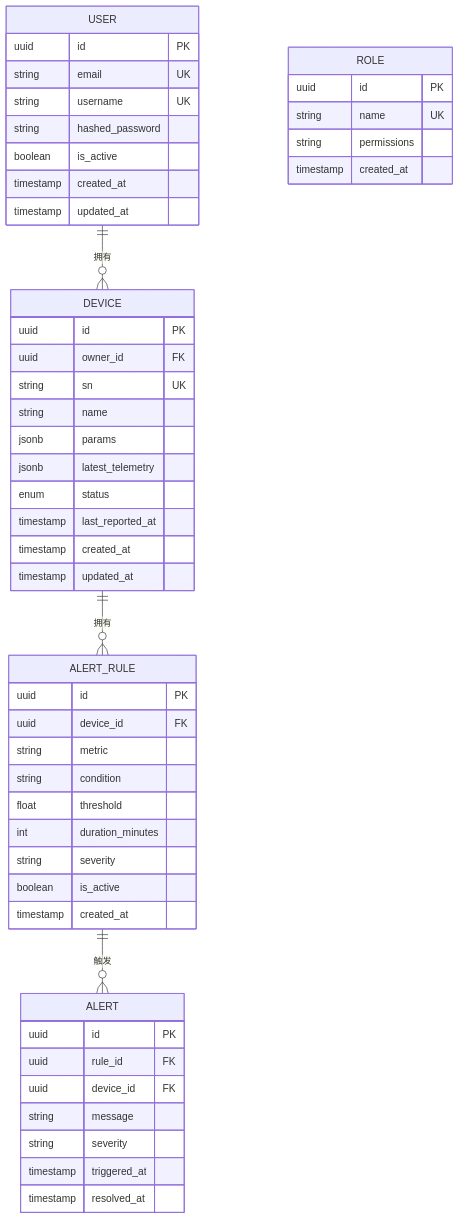
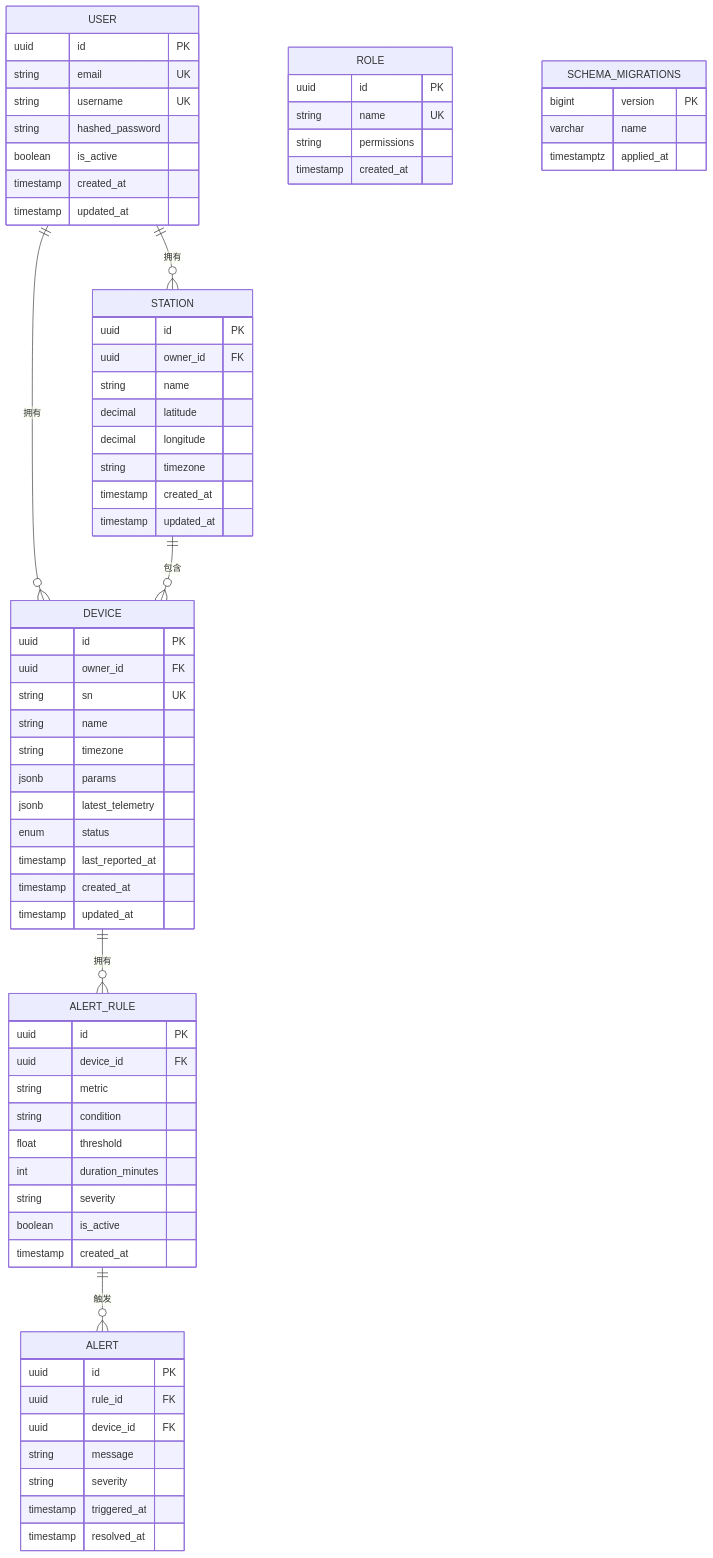
Before and after one commit to mcmrzy/cs_inv_monitor-develop: the eighth of 9 diagrams in .qoder/repowiki/zh/content/API服务器/API服务器.md, drawn with Mermaid. The commit also changed other lines of this file and 28 other files, not shown here.

````diff
--- a/.qoder/repowiki/zh/content/API服务器/API服务器.md
+++ b/.qoder/repowiki/zh/content/API服务器/API服务器.md
@@ -298,53 +548,71 @@
 ```mermaid
 erDiagram
 USER {
 uuid id PK
 string email UK
 string username UK
 string hashed_password
 boolean is_active
 timestamp created_at
 timestamp updated_at
 }
 ROLE {
 uuid id PK
 string name UK
 string permissions
 timestamp created_at
 }
+STATION {
+uuid id PK
+uuid owner_id FK
+string name
+decimal latitude
+decimal longitude
+string timezone
+timestamp created_at
+timestamp updated_at
+}
 DEVICE {
 uuid id PK
 uuid owner_id FK
 string sn UK
 string name
+string timezone
 jsonb params
 jsonb latest_telemetry
 enum status
 timestamp last_reported_at
 timestamp created_at
 timestamp updated_at
 }
 ALERT_RULE {
 uuid id PK
 uuid device_id FK
 string metric
 string condition
 float threshold
 int duration_minutes
 string severity
 boolean is_active
 timestamp created_at
 }
 ALERT {
 uuid id PK
 uuid rule_id FK
 uuid device_id FK
 string message
 string severity
 timestamp triggered_at
 timestamp resolved_at
 }
+SCHEMA_MIGRATIONS {
+bigint version PK
+varchar name
+timestamptz applied_at
+}
+USER ||--o{ STATION : "拥有"
 USER ||--o{ DEVICE : "拥有"
+STATION ||--o{ DEVICE : "包含"
 DEVICE ||--o{ ALERT_RULE : "拥有"
 ALERT_RULE ||--o{ ALERT : "触发"
 ```
````
